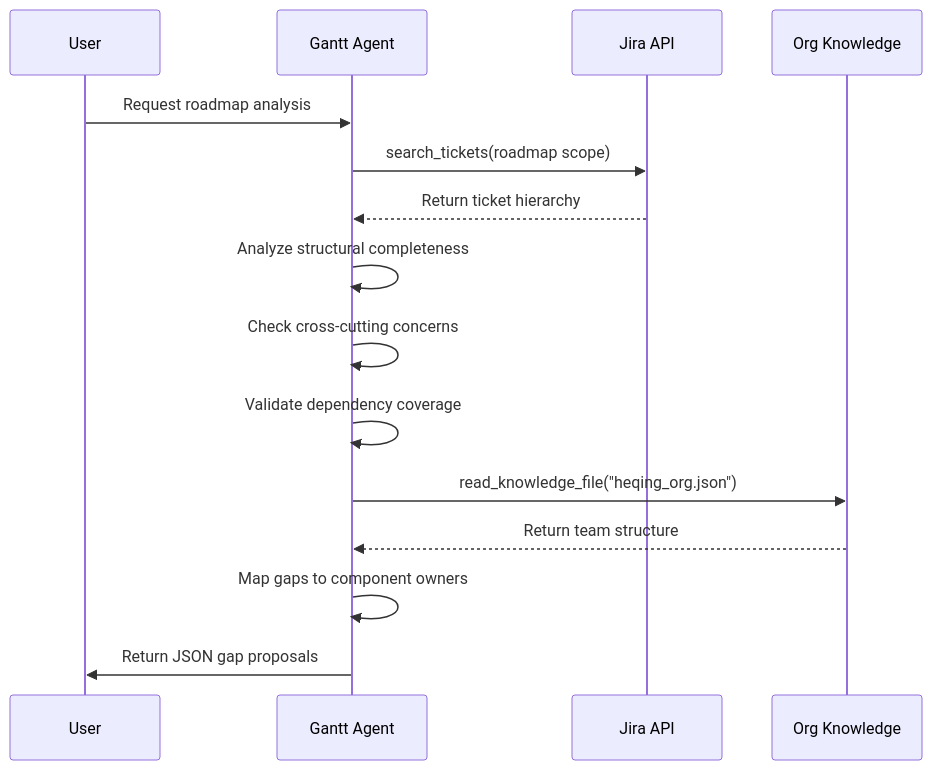
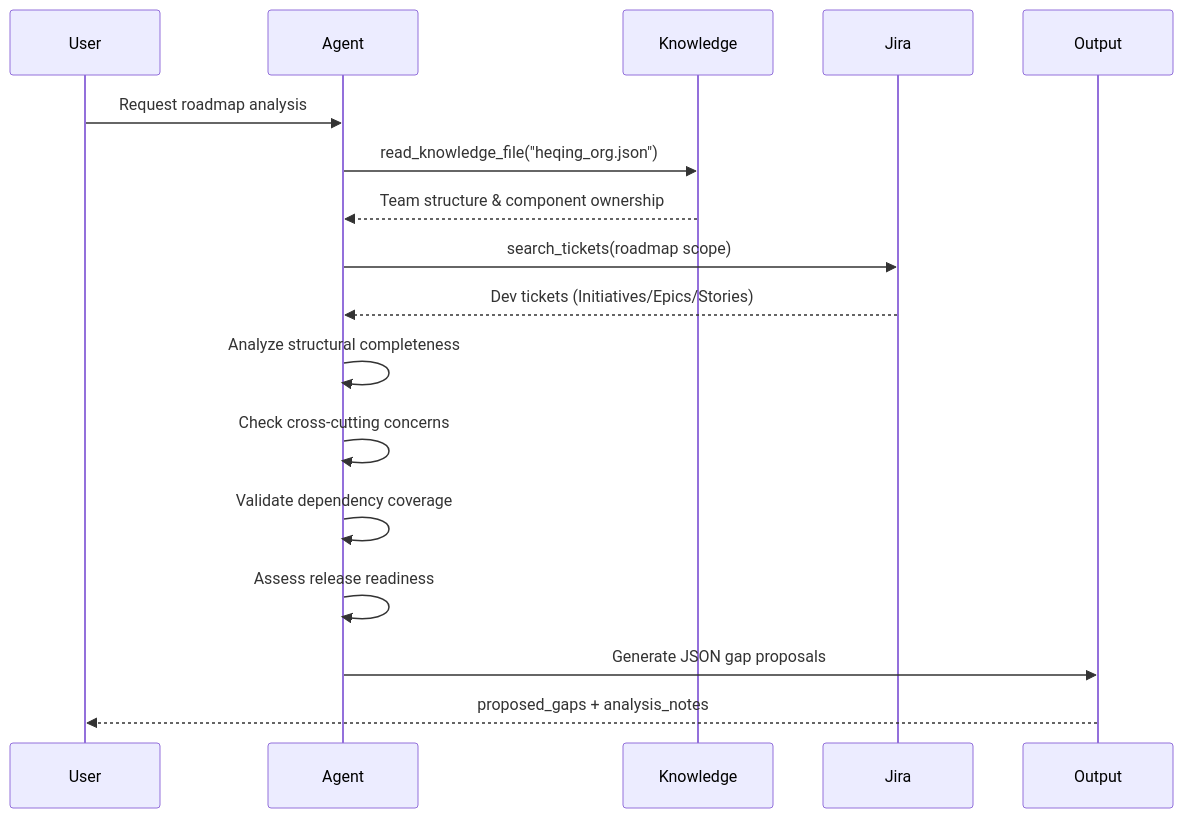
One commit to jmac-cornelis/agent-workforce changed the second of 4 diagrams in docs/agents-gantt-prompts.md. Above: the diagram before and after it, drawn with Mermaid. The commit also changed other lines of this file and 4 other files, not shown here.

````diff
--- a/docs/agents-gantt-prompts.md
+++ b/docs/agents-gantt-prompts.md
@@ -67,18 +65,20 @@
 ```mermaid
 sequenceDiagram
     participant User
-    participant Gantt as Gantt Agent
-    participant Jira as Jira API
-    participant Org as Org Knowledge
+    participant Agent
+    participant Knowledge
+    participant Jira
+    participant Output
     
-    User->>Gantt: Request roadmap analysis
-    Gantt->>Jira: search_tickets(roadmap scope)
-    Jira-->>Gantt: Return ticket hierarchy
-    Gantt->>Gantt: Analyze structural completeness
-    Gantt->>Gantt: Check cross-cutting concerns
-    Gantt->>Gantt: Validate dependency coverage
-    Gantt->>Org: read_knowledge_file("heqing_org.json")
-    Org-->>Gantt: Return team structure
-    Gantt->>Gantt: Map gaps to component owners
-    Gantt->>User: Return JSON gap proposals
+    User->>Agent: Request roadmap analysis
+    Agent->>Knowledge: read_knowledge_file("heqing_org.json")
+    Knowledge-->>Agent: Team structure & component ownership
+    Agent->>Jira: search_tickets(roadmap scope)
+    Jira-->>Agent: Dev tickets (Initiatives/Epics/Stories)
+    Agent->>Agent: Analyze structural completeness
+    Agent->>Agent: Check cross-cutting concerns
+    Agent->>Agent: Validate dependency coverage
+    Agent->>Agent: Assess release readiness
+    Agent->>Output: Generate JSON gap proposals
+    Output-->>User: proposed_gaps + analysis_notes
 ```
````
